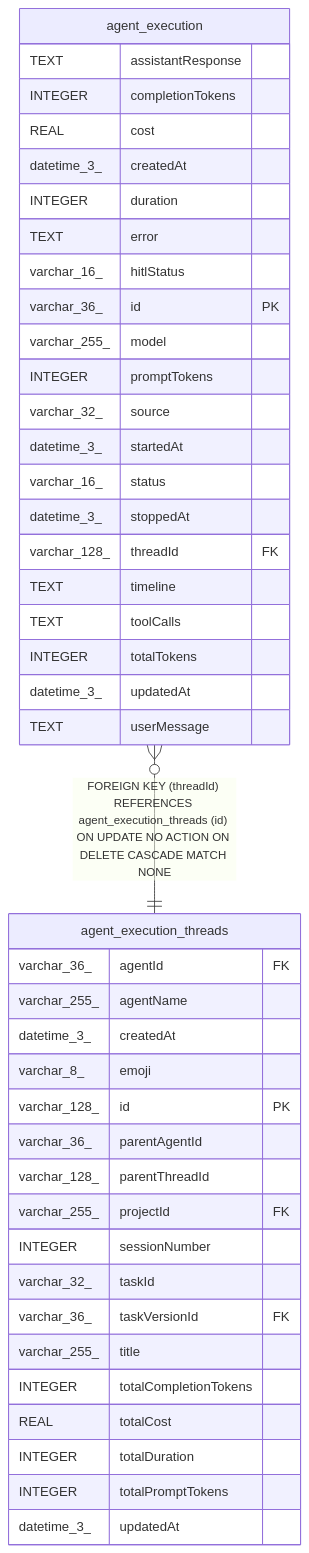
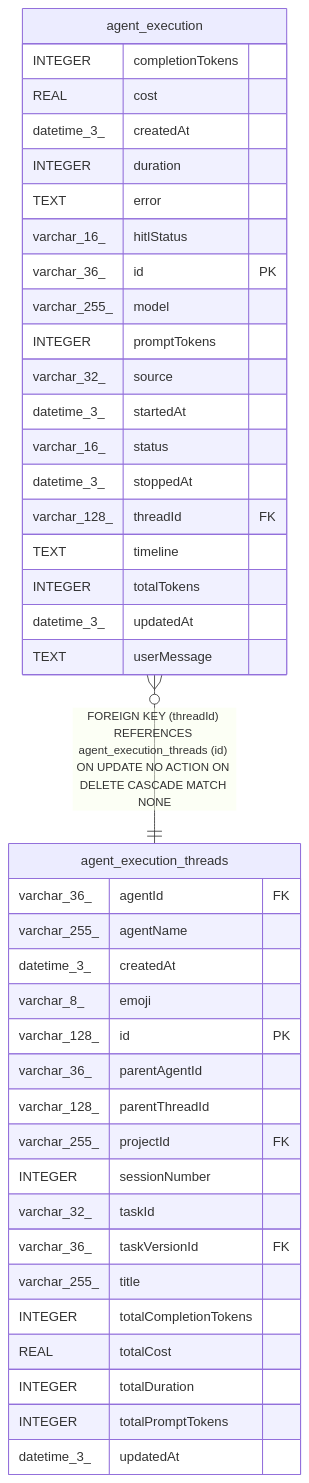
One commit to ggrace519/n8n changed the diagram in docs/generated/sqlite-schema/agent_execution.md. Above: the diagram before and after it, drawn with Mermaid. The commit also changed other lines of this file and 21 other files, not shown here.

````diff
--- a/docs/generated/sqlite-schema/agent_execution.md
+++ b/docs/generated/sqlite-schema/agent_execution.md
@@ -58,47 +56,45 @@
 ```mermaid
 erDiagram
 
 "agent_execution" }o--|| "agent_execution_threads" : "FOREIGN KEY (threadId) REFERENCES agent_execution_threads (id) ON UPDATE NO ACTION ON DELETE CASCADE MATCH NONE"
 
 "agent_execution" {
-  TEXT assistantResponse
   INTEGER completionTokens
   REAL cost
   datetime_3_ createdAt
   INTEGER duration
   TEXT error
   varchar_16_ hitlStatus
   varchar_36_ id PK
   varchar_255_ model
   INTEGER promptTokens
   varchar_32_ source
   datetime_3_ startedAt
   varchar_16_ status
   datetime_3_ stoppedAt
   varchar_128_ threadId FK
   TEXT timeline
-  TEXT toolCalls
   INTEGER totalTokens
   datetime_3_ updatedAt
   TEXT userMessage
 }
 "agent_execution_threads" {
   varchar_36_ agentId FK
   varchar_255_ agentName
   datetime_3_ createdAt
   varchar_8_ emoji
   varchar_128_ id PK
   varchar_36_ parentAgentId
   varchar_128_ parentThreadId
   varchar_255_ projectId FK
   INTEGER sessionNumber
   varchar_32_ taskId
   varchar_36_ taskVersionId FK
   varchar_255_ title
   INTEGER totalCompletionTokens
   REAL totalCost
   INTEGER totalDuration
   INTEGER totalPromptTokens
   datetime_3_ updatedAt
 }
 ```
````
